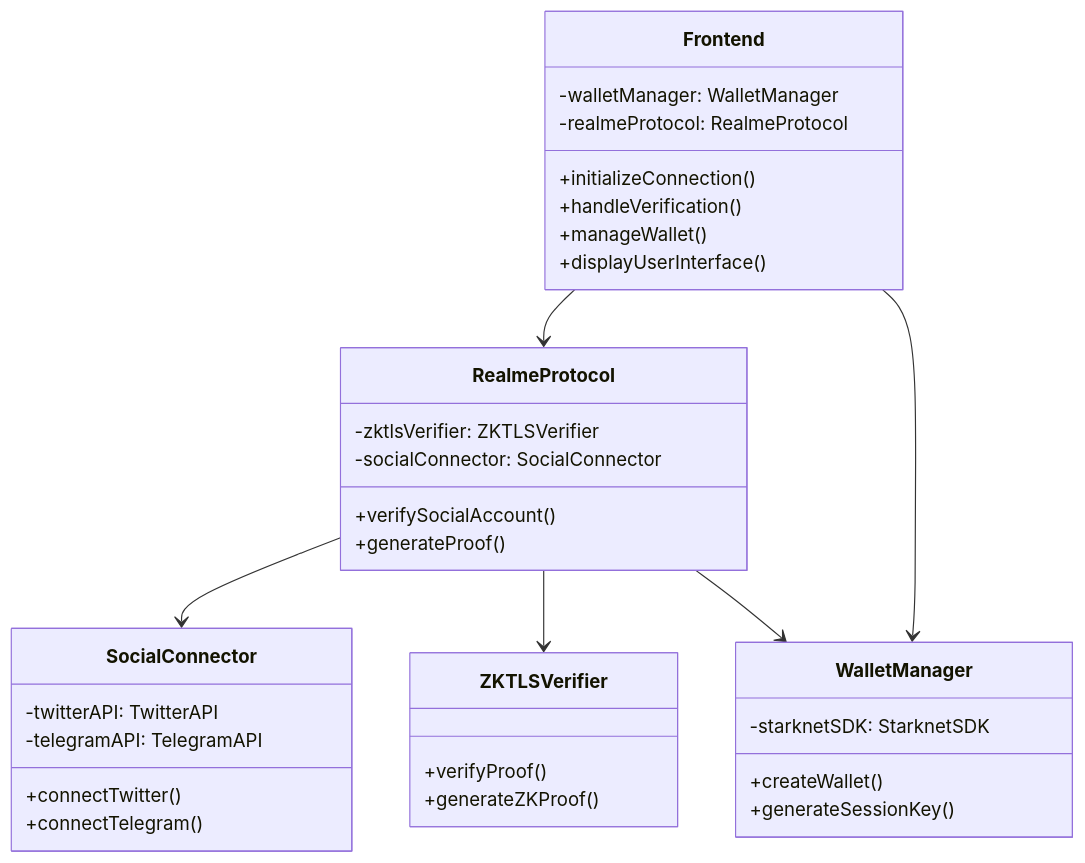
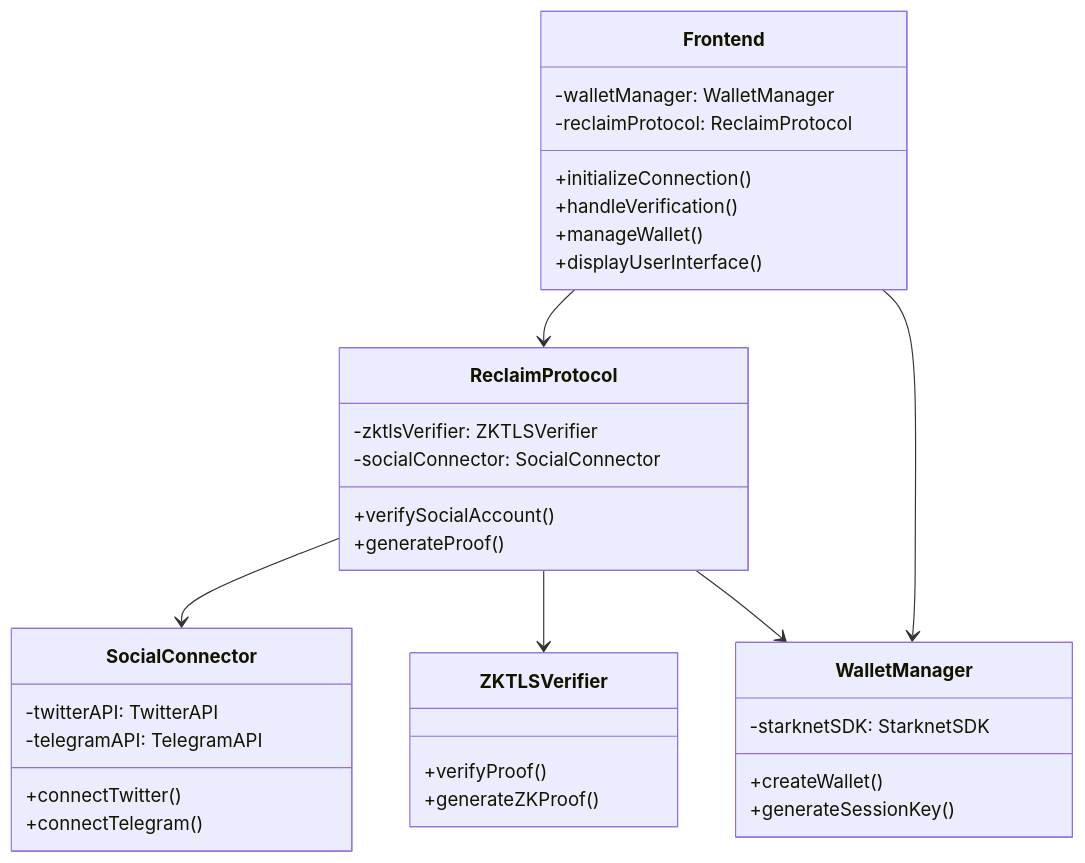
The third of 4 diagrams in README.md (Gelois0/zksocials), drawn with Mermaid before and after one commit. The commit also changed other lines of this file, not shown here.

````diff
--- a/README.md
+++ b/README.md
@@ -54,42 +54,42 @@
 ```mermaid
 classDiagram
     class Frontend {
         -walletManager: WalletManager
-        -realmeProtocol: RealmeProtocol
+        -reclaimProtocol: ReclaimProtocol
         +initializeConnection()
         +handleVerification()
         +manageWallet()
         +displayUserInterface()
     }
 
-    class RealmeProtocol {
+    class ReclaimProtocol {
         -zktlsVerifier: ZKTLSVerifier
         -socialConnector: SocialConnector
         +verifySocialAccount()
         +generateProof()
     }
     
     class SocialConnector {
         -twitterAPI: TwitterAPI
         -telegramAPI: TelegramAPI
         +connectTwitter()
         +connectTelegram()
     }
     
     class WalletManager {
         -starknetSDK: StarknetSDK
         +createWallet()
         +generateSessionKey()
     }
     
     class ZKTLSVerifier {
         +verifyProof()
         +generateZKProof()
     }
     
-    Frontend --> RealmeProtocol
+    Frontend --> ReclaimProtocol
     Frontend --> WalletManager
-    RealmeProtocol --> SocialConnector
-    RealmeProtocol --> ZKTLSVerifier
-    RealmeProtocol --> WalletManager
+    ReclaimProtocol --> SocialConnector
+   ReclaimProtocol --> ZKTLSVerifier
+    ReclaimProtocol --> WalletManager
 ```
````
